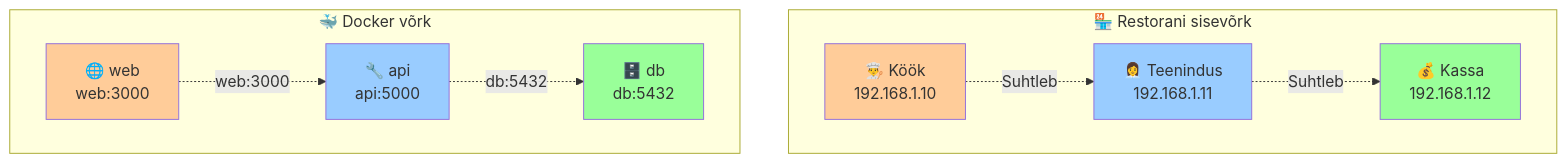
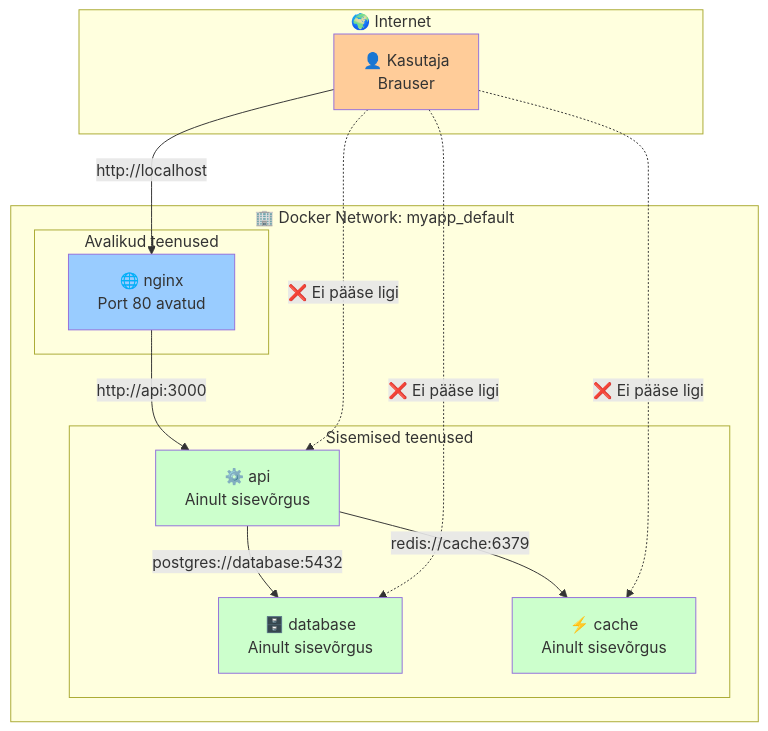
One commit to mtalvik/automatiseerimine_ext changed the fifth of 12 diagrams in docker_orchestration/lecture.md. Above: the diagram before and after it, drawn with Mermaid. The commit also changed other lines of this file, not shown here.

````diff
--- a/docker_orchestration/lecture.md
+++ b/docker_orchestration/lecture.md
@@ -491,27 +331,33 @@
 ```mermaid
 graph TB
-    subgraph "🏪 Restorani sisevõrk"
-        Kitchen[👨‍🍳 Köök<br/>192.168.1.10]
-        Service[👩‍💼 Teenindus<br/>192.168.1.11]
-        Cashier[💰 Kassa<br/>192.168.1.12]
+    subgraph "🌍 Internet"
+        User[👤 Kasutaja<br/>Brauser]
     end
     
-    subgraph "🐳 Docker võrk"
-        Web[🌐 web<br/>web:3000]
-        API[🔧 api<br/>api:5000]
-        DB[🗄️ db<br/>db:5432]
+    subgraph "🏢 Docker Network: myapp_default"
+        subgraph "Avalikud teenused"
+            Nginx[🌐 nginx<br/>Port 80 avatud]
+        end
+        
+        subgraph "Sisemised teenused"
+            API[⚙️ api<br/>Ainult sisevõrgus]
+            DB[🗄️ database<br/>Ainult sisevõrgus]
+            Cache[⚡ cache<br/>Ainult sisevõrgus]
+        end
     end
     
-    Kitchen -.->|"Suhtleb"| Service
-    Service -.->|"Suhtleb"| Cashier
+    User -->|"http://localhost"| Nginx
+    Nginx -->|"http://api:3000"| API
+    API -->|"postgres://database:5432"| DB
+    API -->|"redis://cache:6379"| Cache
     
-    Web -.->|"web:3000"| API
-    API -.->|"db:5432"| DB
+    User -.->|"❌ Ei pääse ligi"| API
+    User -.->|"❌ Ei pääse ligi"| DB
+    User -.->|"❌ Ei pääse ligi"| Cache
     
-    style Kitchen fill:#ffcc99
-    style Service fill:#99ccff
-    style Cashier fill:#99ff99
-    style Web fill:#ffcc99
-    style API fill:#99ccff
-    style DB fill:#99ff99
+    style User fill:#ffcc99
+    style Nginx fill:#99ccff
+    style API fill:#ccffcc
+    style DB fill:#ccffcc
+    style Cache fill:#ccffcc
 ```
````
